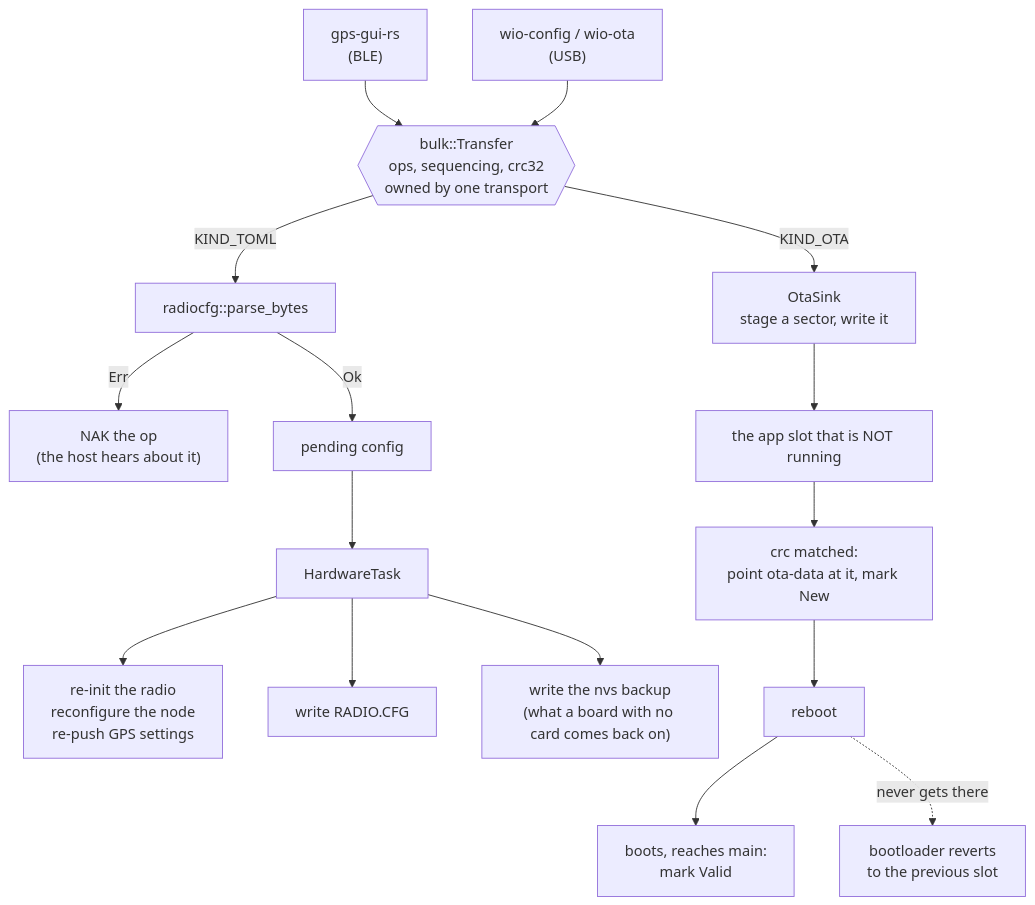
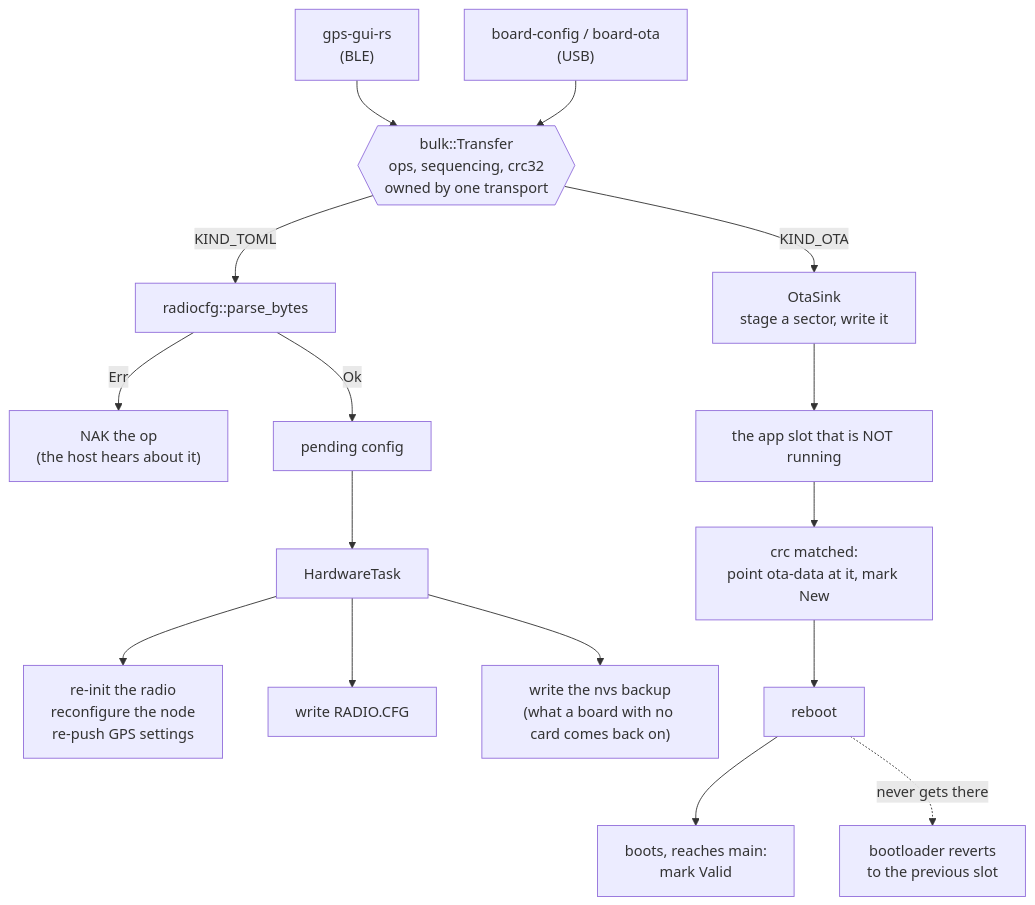
The seventh of 13 diagrams in ARCHITECTURE.md (Telemety-In-Midair/telemetry-in-midair-rs), drawn with Mermaid before and after one commit. The commit also changed other lines of this file and 23 other files, not shown here.

````diff
--- a/ARCHITECTURE.md
+++ b/ARCHITECTURE.md
@@ -482,22 +523,22 @@
 ```mermaid
 flowchart TB
     App["gps-gui-rs<br/>(BLE)"] --> Xfer
-    Host["wio-config / wio-ota<br/>(USB)"] --> Xfer
+    Host["board-config / board-ota<br/>(USB)"] --> Xfer
 
     Xfer{{"bulk::Transfer<br/>ops, sequencing, crc32<br/>owned by one transport"}}
 
     Xfer -->|KIND_TOML| Parse["radiocfg::parse_bytes"]
     Parse -->|Err| Nak["NAK the op<br/>(the host hears about it)"]
     Parse -->|Ok| Pending["pending config"]
     Pending --> Hw["HardwareTask"]
     Hw --> Radio["re-init the radio<br/>reconfigure the node<br/>re-push GPS settings"]
     Hw --> Card["write RADIO.CFG"]
     Hw --> Nvs["write the nvs backup<br/>(what a board with no card comes back on)"]
 
     Xfer -->|KIND_OTA| Sink["OtaSink<br/>stage a sector, write it"]
     Sink --> Slot["the app slot that is NOT running"]
     Slot --> Activate["crc matched:<br/>point ota-data at it, mark New"]
     Activate --> Boot["reboot"]
     Boot --> Confirm["boots, reaches main:<br/>mark Valid"]
     Boot -.->|never gets there| Rollback["bootloader reverts<br/>to the previous slot"]
 ```
````
